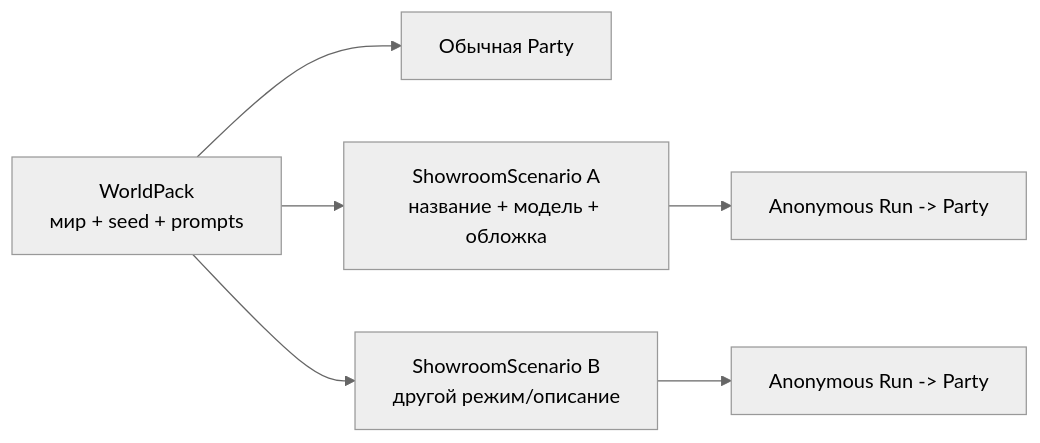
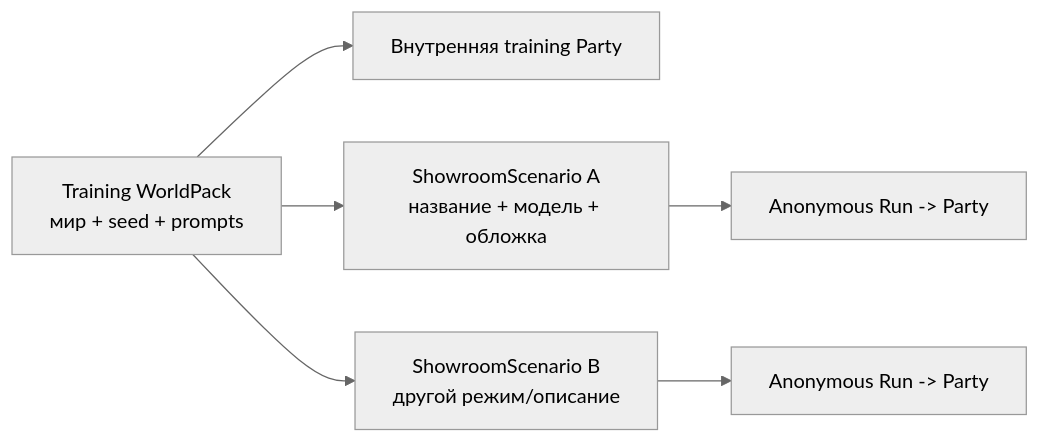
Before and after one commit to abykovwww-byte/ubuntu_ansible_palybooks: the diagram in docs/wiki/04-worldpacks-and-modes.md, drawn with Mermaid (neutral theme). The commit also changed other lines of this file and 44 other files, not shown here.

````diff
--- a/docs/wiki/04-worldpacks-and-modes.md
+++ b/docs/wiki/04-worldpacks-and-modes.md
@@ -419,8 +425,8 @@
 ```mermaid
 flowchart LR
-    W["WorldPack\nмир + seed + prompts"] --> P1["Обычная Party"]
+    W["Training WorldPack\nмир + seed + prompts"] --> P1["Внутренняя training Party"]
     W --> SS1["ShowroomScenario A\nназвание + модель + обложка"]
     W --> SS2["ShowroomScenario B\nдругой режим/описание"]
     SS1 --> R1["Anonymous Run -> Party"]
     SS2 --> R2["Anonymous Run -> Party"]
 ```
````
